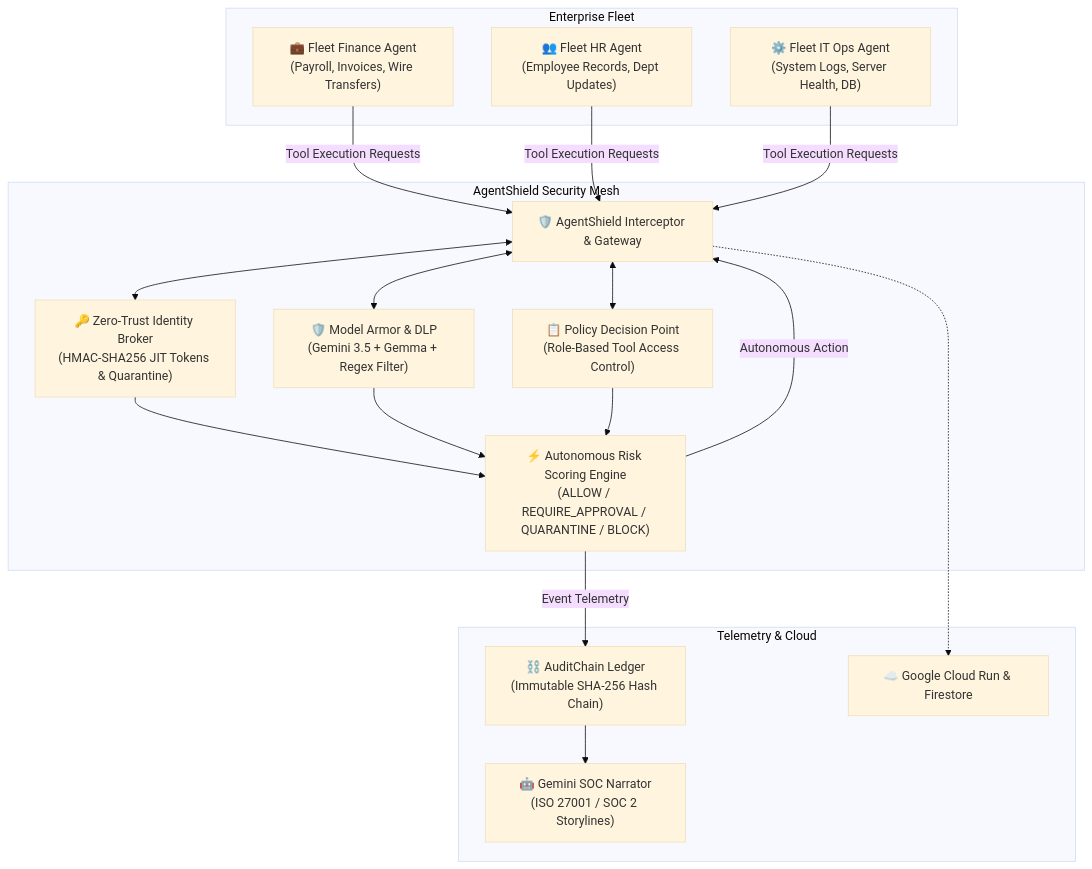
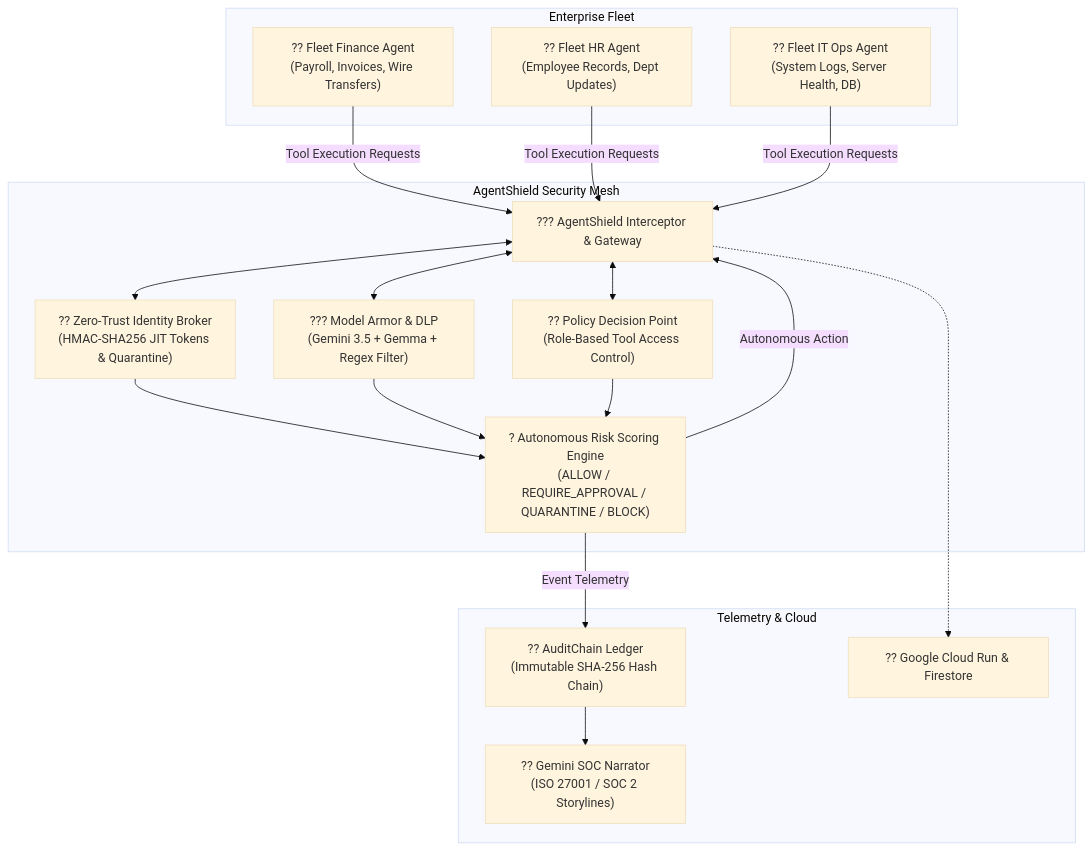
One commit to nandhakumar-murugan/agentshield changed the first of 2 diagrams in README.md. Above: the diagram before and after it, drawn with Mermaid (base theme). The commit also changed other lines of this file, not shown here.

Commit message:
docs: add comprehensive hackathon portal links, Google GEAR courses, and academic security sources

````diff
--- a/README.md
+++ b/README.md
@@ -57,32 +81,32 @@
 ```mermaid
 flowchart TD
     subgraph Enterprise Fleet
-        FA["💼 Fleet Finance Agent<br/>(Payroll, Invoices, Wire Transfers)"]
-        HA["👥 Fleet HR Agent<br/>(Employee Records, Dept Updates)"]
-        IA["⚙️ Fleet IT Ops Agent<br/>(System Logs, Server Health, DB)"]
+        FA["?? Fleet Finance Agent<br/>(Payroll, Invoices, Wire Transfers)"]
+        HA["?? Fleet HR Agent<br/>(Employee Records, Dept Updates)"]
+        IA["?? Fleet IT Ops Agent<br/>(System Logs, Server Health, DB)"]
     end
 
     subgraph AgentShield Security Mesh
-        GW["🛡️ AgentShield Interceptor & Gateway"]
-        ID["🔑 Zero-Trust Identity Broker<br/>(HMAC-SHA256 JIT Tokens & Quarantine)"]
-        MA["🛡️ Model Armor & DLP<br/>(Gemini 3.5 + Gemma + Regex Filter)"]
-        PE["📋 Policy Decision Point<br/>(Role-Based Tool Access Control)"]
-        RE["⚡ Autonomous Risk Scoring Engine<br/>(ALLOW / REQUIRE_APPROVAL / QUARANTINE / BLOCK)"]
+        GW["??? AgentShield Interceptor & Gateway"]
+        ID["?? Zero-Trust Identity Broker<br/>(HMAC-SHA256 JIT Tokens & Quarantine)"]
+        MA["??? Model Armor & DLP<br/>(Gemini 3.5 + Gemma + Regex Filter)"]
+        PE["?? Policy Decision Point<br/>(Role-Based Tool Access Control)"]
+        RE["? Autonomous Risk Scoring Engine<br/>(ALLOW / REQUIRE_APPROVAL / QUARANTINE / BLOCK)"]
     end
 
     subgraph Telemetry & Cloud
-        AC["⛓️ AuditChain Ledger<br/>(Immutable SHA-256 Hash Chain)"]
-        NR["🤖 Gemini SOC Narrator<br/>(ISO 27001 / SOC 2 Storylines)"]
-        GCP["☁️ Google Cloud Run & Firestore"]
+        AC["?? AuditChain Ledger<br/>(Immutable SHA-256 Hash Chain)"]
+        NR["?? Gemini SOC Narrator<br/>(ISO 27001 / SOC 2 Storylines)"]
+        GCP["?? Google Cloud Run & Firestore"]
     end
 
     FA & HA & IA -->|Tool Execution Requests| GW
     GW <--> ID
     GW <--> MA
     GW <--> PE
     ID & MA & PE --> RE
     RE -->|Autonomous Action| GW
     RE -->|Event Telemetry| AC
     AC --> NR
     GW -.-> GCP
 ```
````
